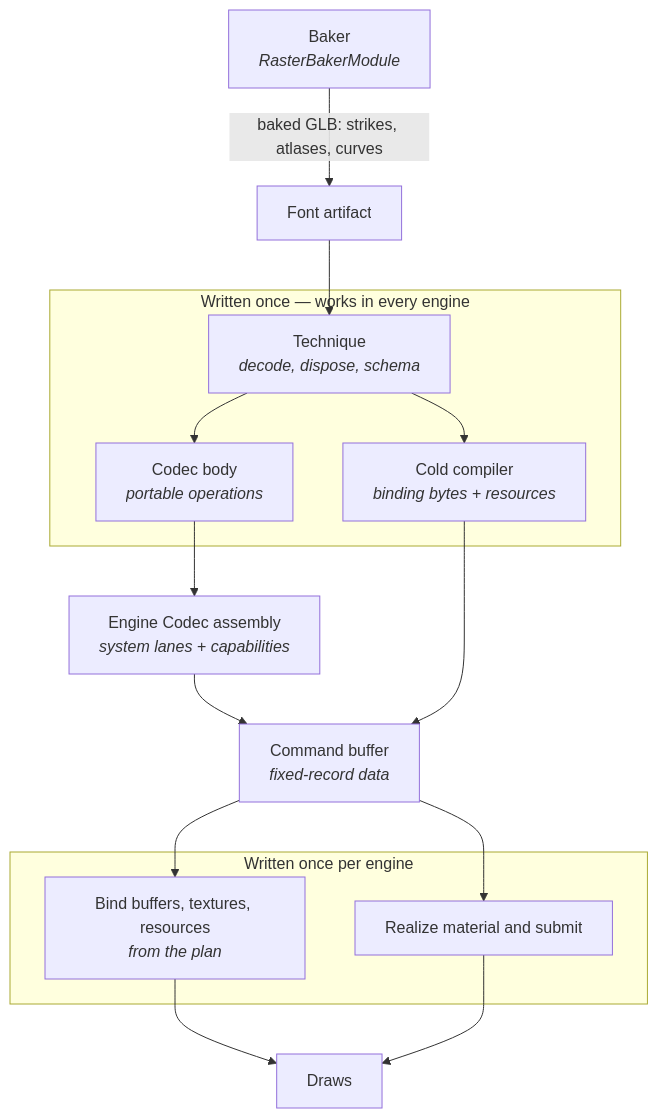
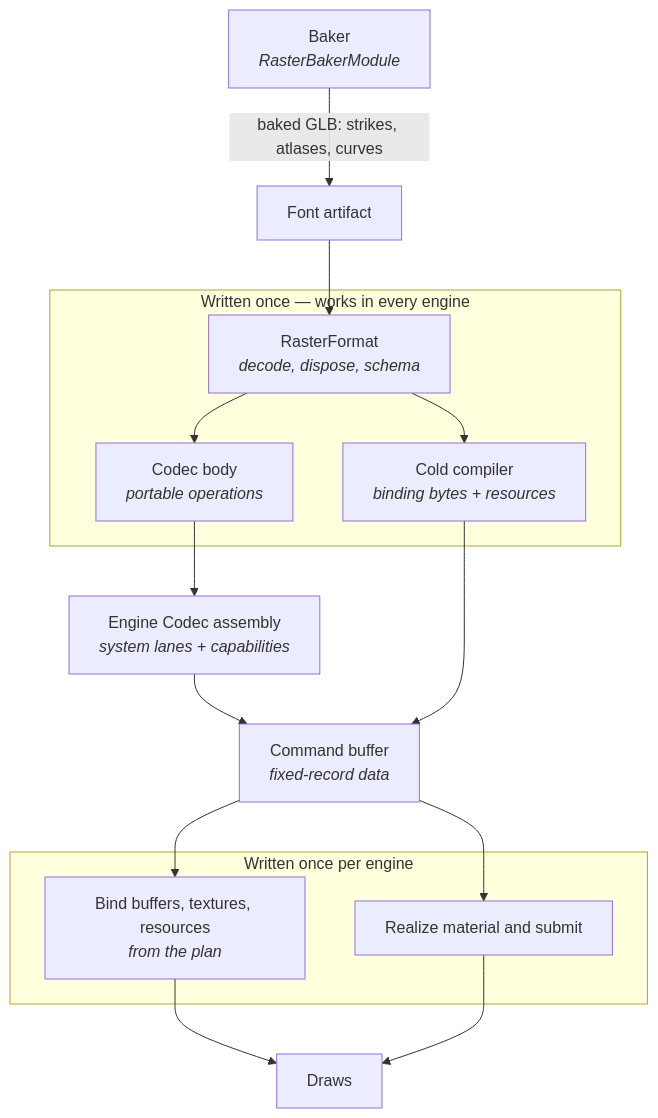
The second of 2 diagrams in README.md (pmndrs/glyph), drawn with Mermaid before and after one commit. The commit also changed other lines of this file and 27 other files, not shown here.

````diff
--- a/README.md
+++ b/README.md
@@ -344,19 +341,19 @@
 ```mermaid
 flowchart TD
   baker["Baker<br/><i>RasterBakerModule</i>"] -->|"baked GLB: strikes, atlases, curves"| artifact["Font artifact"]
-  artifact --> technique
+  artifact --> raster
   subgraph portable["Written once — works in every engine"]
-    technique["Technique<br/><i>decode, dispose, schema</i>"]
+    raster["RasterFormat<br/><i>decode, dispose, schema</i>"]
     codec["Codec body<br/><i>portable operations</i>"]
     binding["Cold compiler<br/><i>binding bytes + resources</i>"]
   end
-  technique --> codec --> assemble["Engine Codec assembly<br/><i>system lanes + capabilities</i>"]
+  raster --> codec --> assemble["Engine Codec assembly<br/><i>system lanes + capabilities</i>"]
   assemble --> commands["Command buffer<br/><i>fixed-record data</i>"]
-  technique --> binding --> commands
+  raster --> binding --> commands
   subgraph engine["Written once per engine"]
     gpu["Bind buffers, textures, resources<br/><i>from the plan</i>"]
     material["Realize material and submit"]
   end
   commands --> gpu --> draw["Draws"]
   commands --> material --> draw
 ```
````
